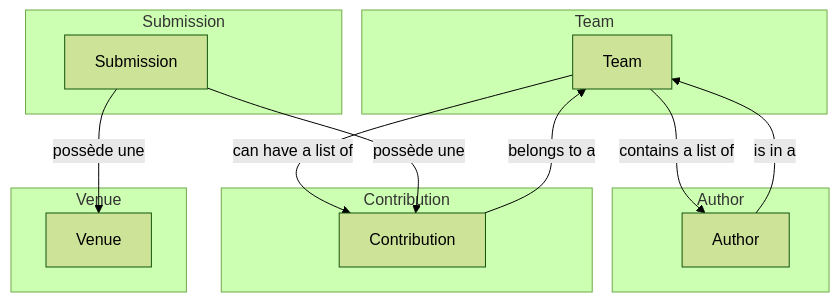
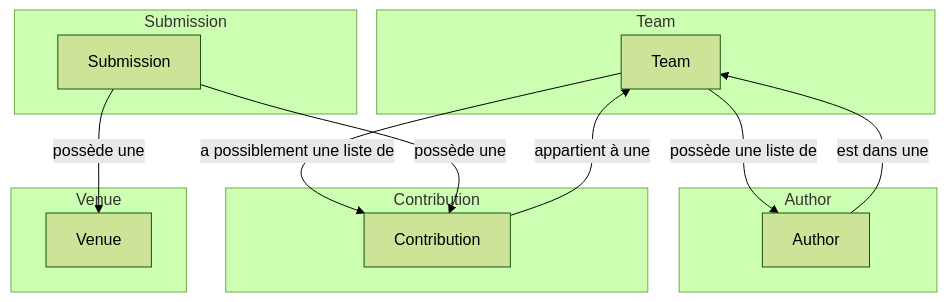
Before and after one commit to teovlt/nodeTP: the diagram in README.md, drawn with Mermaid (forest theme).

Commit message:
take off english in readme

````diff
--- a/README.md
+++ b/README.md
@@ -47,30 +47,30 @@
 ```mermaid
 graph TD
 subgraph "Team"
 A[Team]
 end
 
 subgraph "Author"
 B[Author]
 end
 
 subgraph "Contribution"
 C[Contribution]
 end
 
 subgraph "Submission"
 D[Submission]
 end
 
 subgraph "Venue"
 E[Venue]
 end
 
-A -->|contains a list of| B
-B -->|is in a| A
-A -->|can have a list of| C
-C -->|belongs to a| A
+A -->|possède une liste de| B
+B -->|est dans une| A
+A -->|a possiblement une liste de| C
+C -->|appartient à une| A
 D -->|possède une | E
 D -->|possède une | C
 
 ```
````
